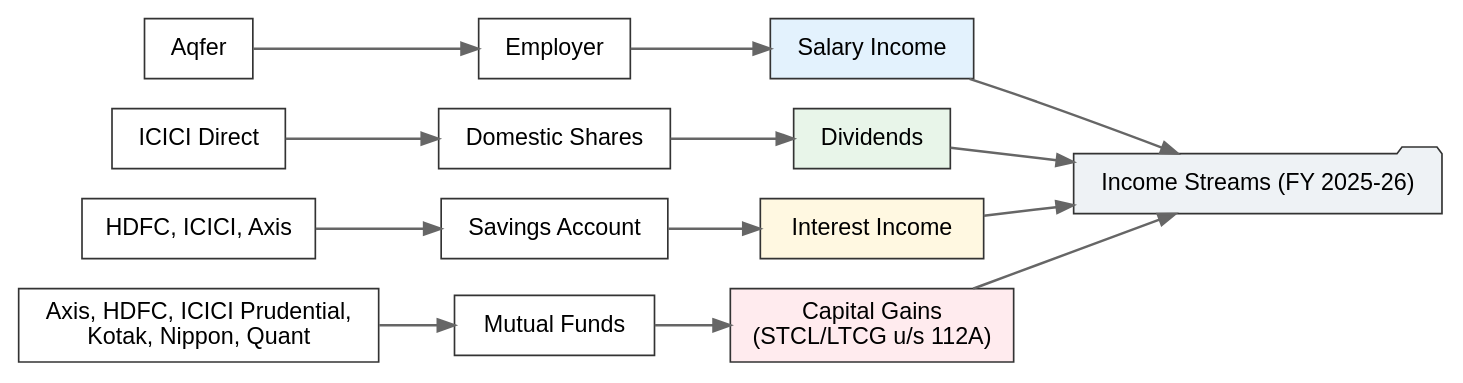
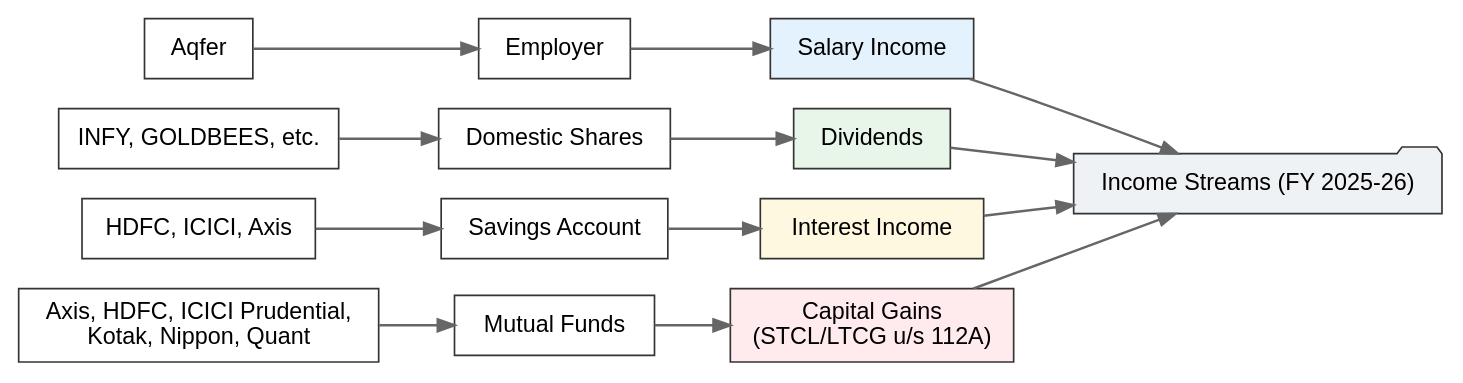
The first of 3 diagrams in content/building-wealth/blogs/2026/journey-of-filing-income-tax.md (sakthipriyan/sakthipriyan.github.io), drawn with Graphviz before and after one commit. The commit also changed other lines of this file, not shown here.

Commit message:
Replace ICICI Direct with INFY, GOLDBEES, etc.

````diff
--- a/content/building-wealth/blogs/2026/journey-of-filing-income-tax.md
+++ b/content/building-wealth/blogs/2026/journey-of-filing-income-tax.md
@@ -50,41 +50,41 @@
 ```dot
 digraph IncomeTree {
   rankdir=LR;
   node [shape=box, style=filled, fillcolor="#ffffff", fontname="sans-serif", color="#333333", margin="0.2,0.1"];
   edge [color="#666666", penwidth=1.5];
   
   Income [label="Income Streams (FY 2025-26)", shape=folder, fillcolor="#eef2f5"];
   
   Salary [label="Salary Income", fillcolor="#e3f2fd"];
   Employer [label="Employer"];
   Aqfer [label="Aqfer"];
   
   Dividends [label="Dividends", fillcolor="#e8f5e9"];
   DomesticShares [label="Domestic Shares"];
-  ICICIDirect [label="ICICI Direct"];
+  ICICIDirect [label="INFY, GOLDBEES, etc."];
   
   Interest [label="Interest Income", fillcolor="#fff8e1"];
   SavingsAccount [label="Savings Account"];
   Banks [label="HDFC, ICICI, Axis"];
   
   CapitalGains [label="Capital Gains\n(STCL/LTCG u/s 112A)", fillcolor="#ffebee"];
   MutualFunds [label="Mutual Funds"];
   AMCs [label="Axis, HDFC, ICICI Prudential,\nKotak, Nippon, Quant"];
   
   Salary -> Income;
   Employer -> Salary;
   Aqfer -> Employer;
   
   Dividends -> Income;
   DomesticShares -> Dividends;
   ICICIDirect -> DomesticShares;
   
   Interest -> Income;
   SavingsAccount -> Interest;
   Banks -> SavingsAccount;
   
   CapitalGains -> Income;
   MutualFunds -> CapitalGains;
   AMCs -> MutualFunds;
 }
 ```
````
